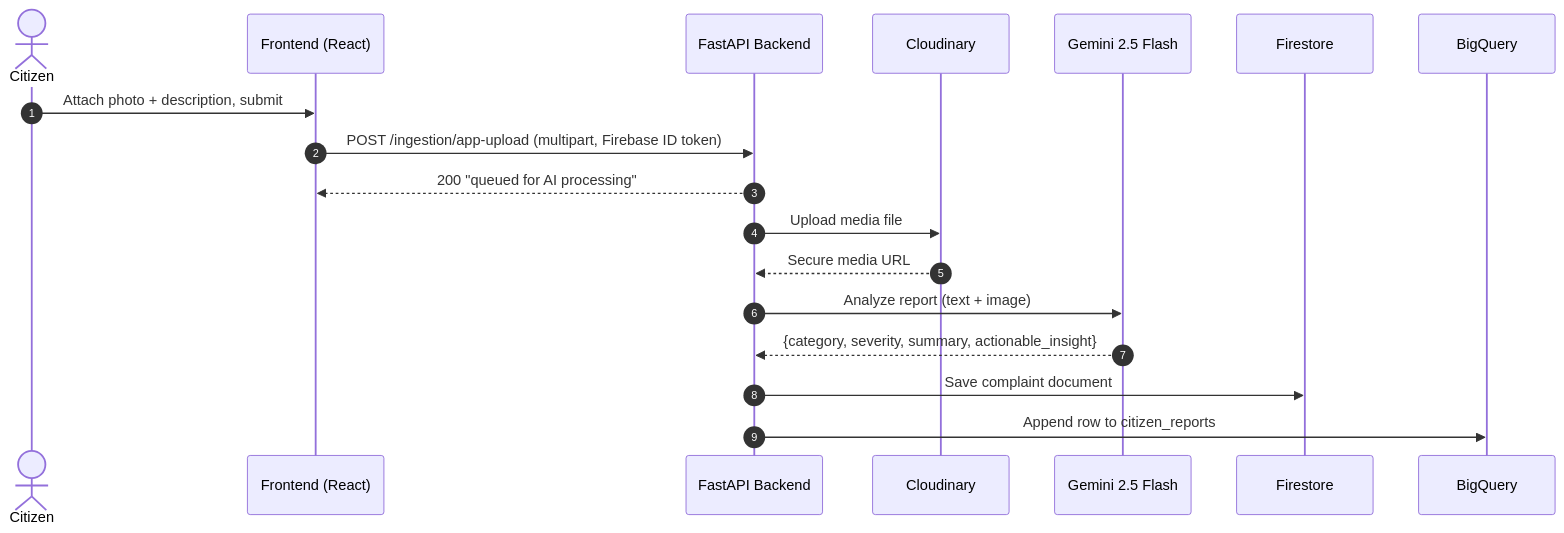
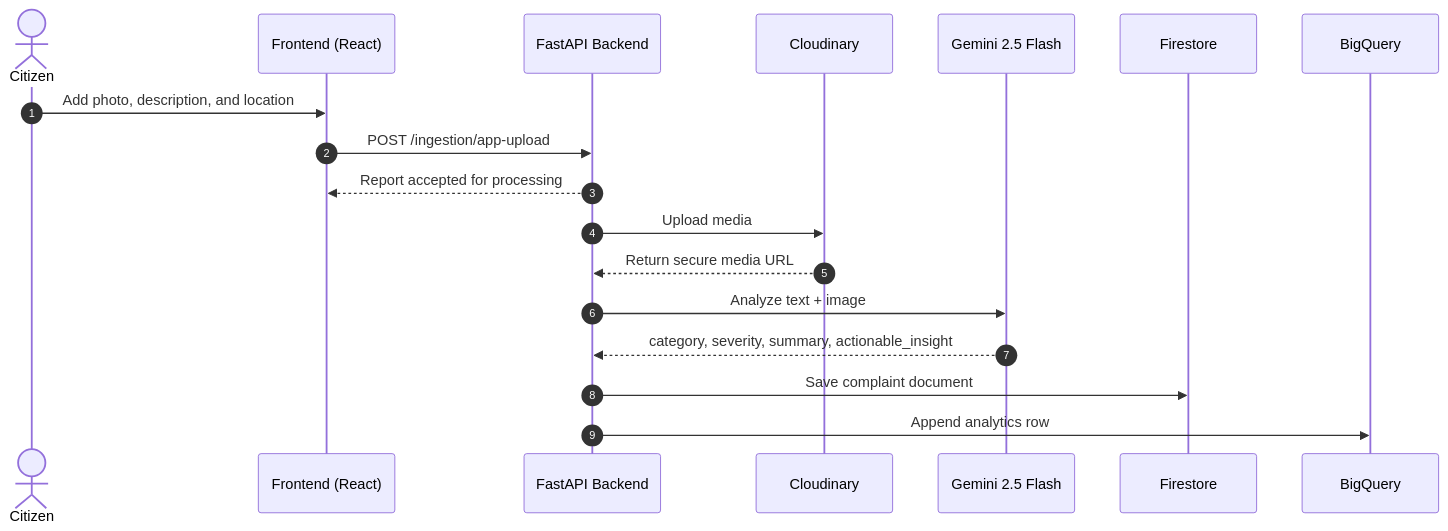
The second of 6 diagrams in README.md (Harshit-Awasthi-05/Jan-Awaaz-AI), drawn with Mermaid before and after one commit. The commit also changed other lines of this file, not shown here.

````diff
--- a/README.md
+++ b/README.md
@@ -129,21 +324,21 @@
-```mermaid
+``` mermaid
 sequenceDiagram
     autonumber
     actor Citizen
     participant FE as Frontend (React)
     participant API as FastAPI Backend
     participant Cloudinary
     participant Gemini as Gemini 2.5 Flash
     participant Firestore
     participant BigQuery
 
-    Citizen->>FE: Attach photo + description, submit
-    FE->>API: POST /ingestion/app-upload (multipart, Firebase ID token)
-    API-->>FE: 200 "queued for AI processing"
-    API->>Cloudinary: Upload media file
-    Cloudinary-->>API: Secure media URL
-    API->>Gemini: Analyze report (text + image)
-    Gemini-->>API: {category, severity, summary, actionable_insight}
+    Citizen->>FE: Add photo, description, and location
+    FE->>API: POST /ingestion/app-upload
+    API-->>FE: Report accepted for processing
+    API->>Cloudinary: Upload media
+    Cloudinary-->>API: Return secure media URL
+    API->>Gemini: Analyze text + image
+    Gemini-->>API: category, severity, summary, actionable_insight
     API->>Firestore: Save complaint document
-    API->>BigQuery: Append row to citizen_reports
+    API->>BigQuery: Append analytics row
 ```
````
